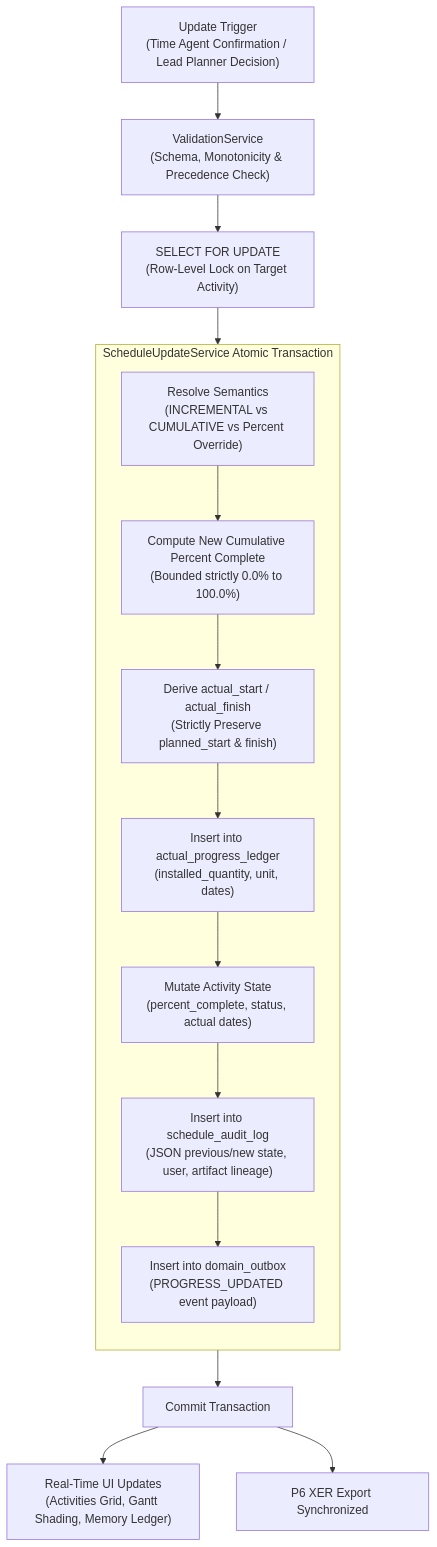
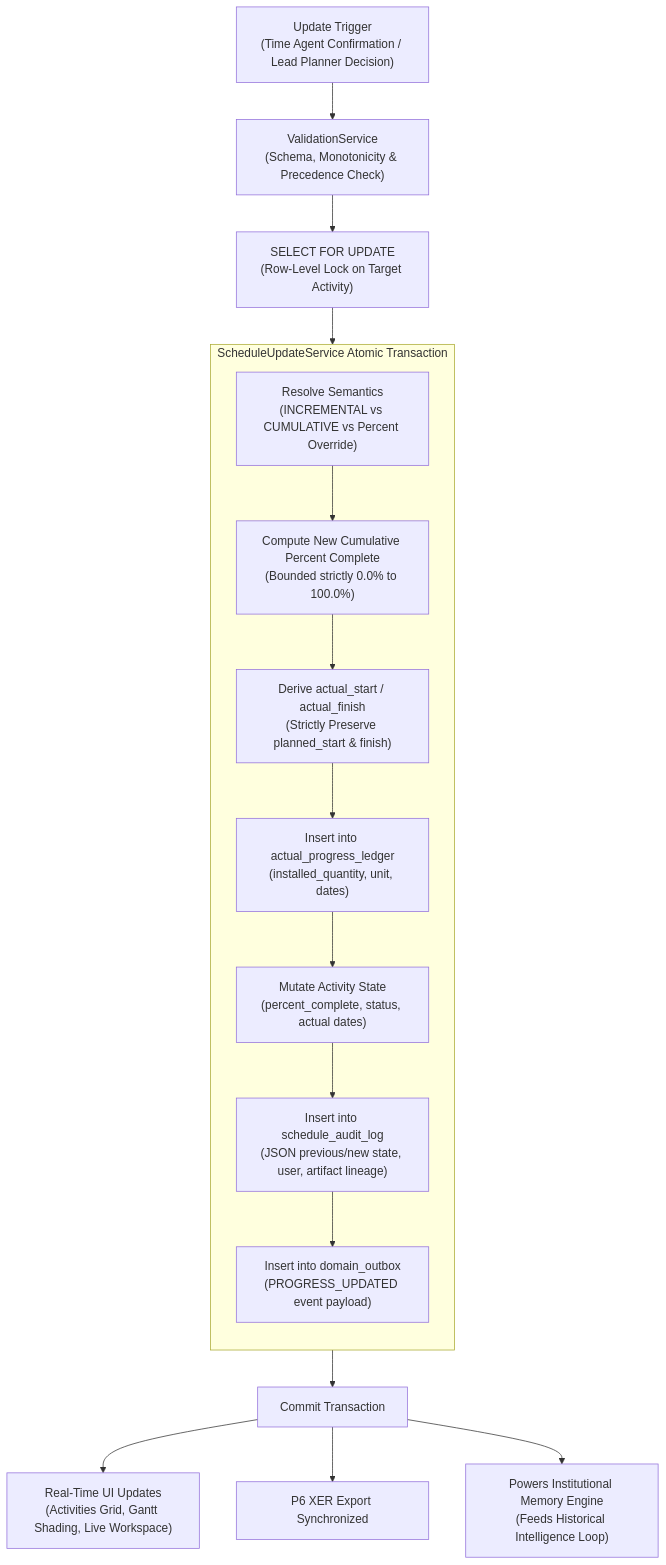
One commit to BatraKrishal/ScheduleManager changed the eighth of 9 diagrams in README.md. Above: the diagram before and after it, drawn with Mermaid. The commit also changed other lines of this file, not shown here.

Commit message:
docs(readme): close the loop on Institutional Memory across all architecture diagrams

````diff
--- a/README.md
+++ b/README.md
@@ -623,23 +637,24 @@
 ```mermaid
 flowchart TD
     TRIGGER["Update Trigger\n(Time Agent Confirmation / Lead Planner Decision)"] --> VAL["ValidationService\n(Schema, Monotonicity & Precedence Check)"]
     VAL --> LOCK["SELECT FOR UPDATE\n(Row-Level Lock on Target Activity)"]
 
     subgraph AtomicTx ["ScheduleUpdateService Atomic Transaction"]
         direction TB
         CHECK_SEM["Resolve Semantics\n(INCREMENTAL vs CUMULATIVE vs Percent Override)"]
         CALC_PCT["Compute New Cumulative Percent Complete\n(Bounded strictly 0.0% to 100.0%)"]
         CALC_DATES["Derive actual_start / actual_finish\n(Strictly Preserve planned_start & finish)"]
         INS_LEDG["Insert into actual_progress_ledger\n(installed_quantity, unit, dates)"]
         MUT_ACT["Mutate Activity State\n(percent_complete, status, actual dates)"]
         INS_AUD["Insert into schedule_audit_log\n(JSON previous/new state, user, artifact lineage)"]
         INS_OUT["Insert into domain_outbox\n(PROGRESS_UPDATED event payload)"]
 
         CHECK_SEM --> CALC_PCT --> CALC_DATES --> INS_LEDG --> MUT_ACT --> INS_AUD --> INS_OUT
     end
 
     LOCK --> AtomicTx
     AtomicTx --> COMMIT["Commit Transaction"]
-    COMMIT --> LIVE_UI["Real-Time UI Updates\n(Activities Grid, Gantt Shading, Memory Ledger)"]
+    COMMIT --> LIVE_UI["Real-Time UI Updates\n(Activities Grid, Gantt Shading, Live Workspace)"]
     COMMIT --> XER_READY["P6 XER Export Synchronized"]
+    COMMIT --> FEED_MEMORY["Powers Institutional Memory Engine\n(Feeds Historical Intelligence Loop)"]
 ```
````
